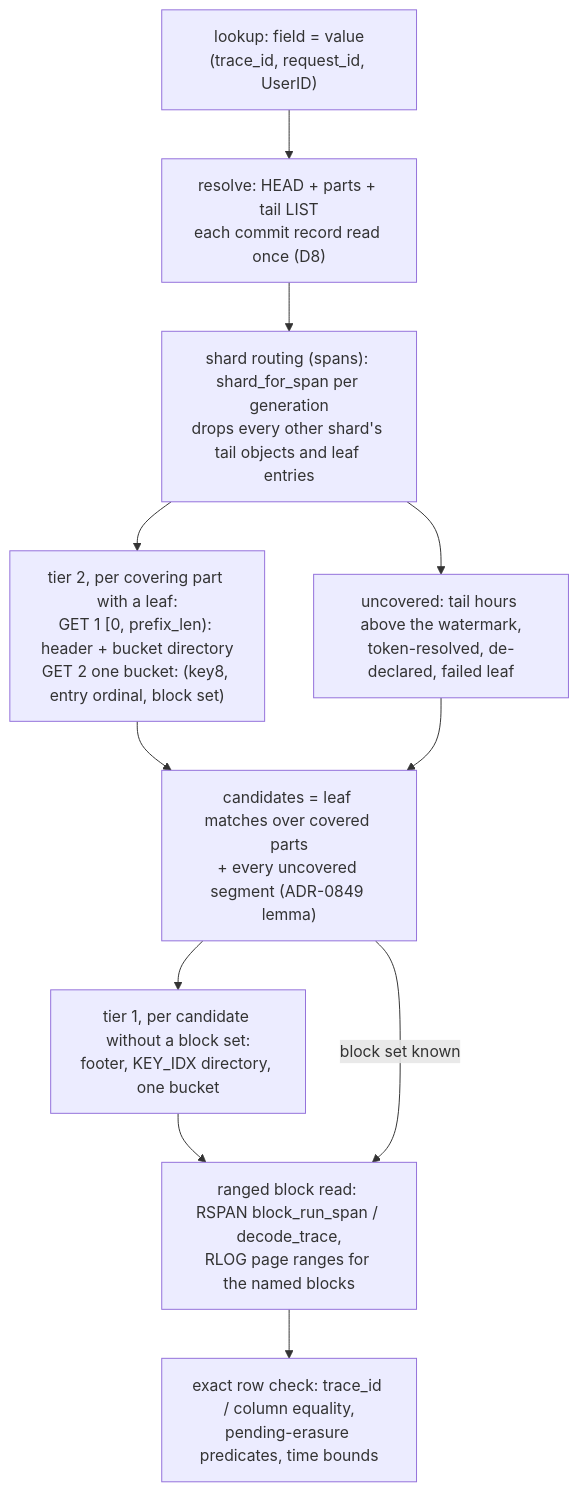
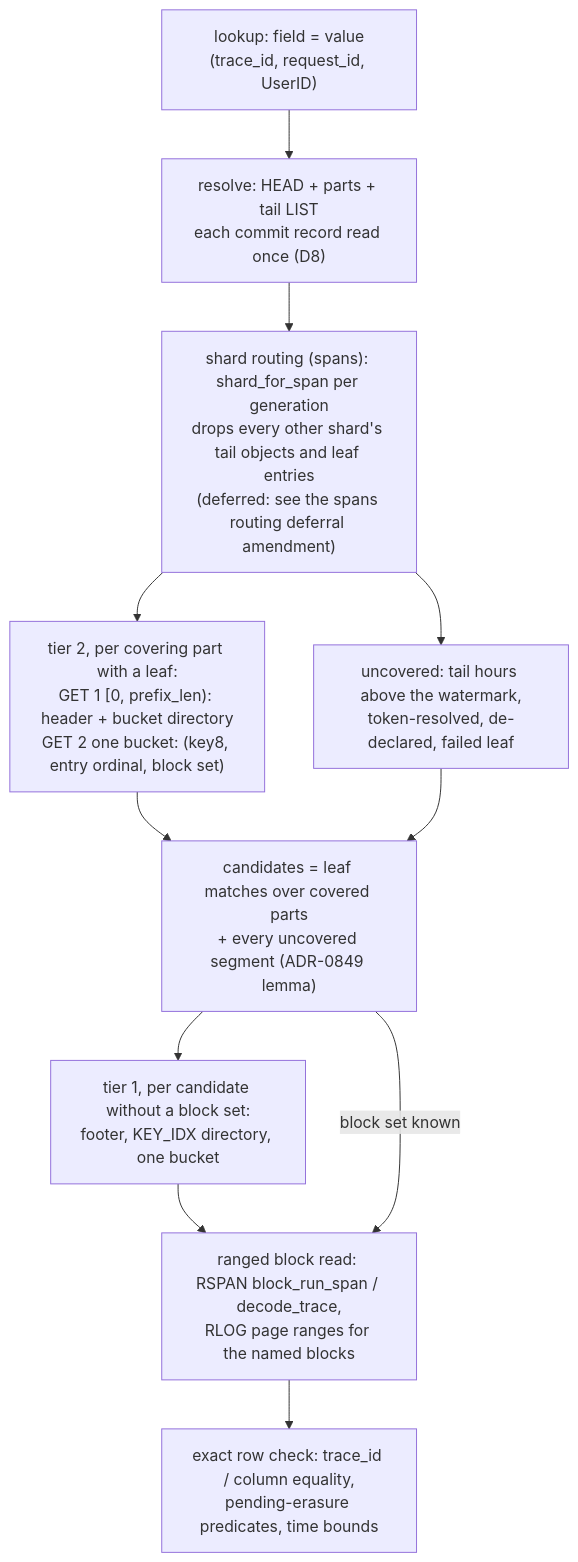
The first of 2 diagrams in docs/adrs/2707-exact-key-index-for-spans-and-logs.md (KacperDula/ravel), drawn with Mermaid before and after one commit. The commit also changed other lines of this file and 31 other files, not shown here.

````diff
--- a/docs/adrs/2707-exact-key-index-for-spans-and-logs.md
+++ b/docs/adrs/2707-exact-key-index-for-spans-and-logs.md
@@ -120,13 +120,13 @@
 ```mermaid
 flowchart TD
   Q["lookup: field = value<br/>(trace_id, request_id, UserID)"] --> R["resolve: HEAD + parts + tail LIST<br/>each commit record read once (D8)"]
-  R --> S["shard routing (spans): shard_for_span per generation<br/>drops every other shard's tail objects and leaf entries"]
+  R --> S["shard routing (spans): shard_for_span per generation<br/>drops every other shard's tail objects and leaf entries<br/>(deferred: see the spans routing deferral amendment)"]
   S --> L2["tier 2, per covering part with a leaf:<br/>GET 1 [0, prefix_len): header + bucket directory<br/>GET 2 one bucket: (key8, entry ordinal, block set)"]
   S --> T["uncovered: tail hours above the watermark,<br/>token-resolved, de-declared, failed leaf"]
   L2 --> C["candidates = leaf matches over covered parts<br/>+ every uncovered segment (ADR-0849 lemma)"]
   T --> C
   C --> L1["tier 1, per candidate without a block set:<br/>footer, KEY_IDX directory, one bucket"]
   L1 --> B["ranged block read: RSPAN block_run_span / decode_trace,<br/>RLOG page ranges for the named blocks"]
   C -->|block set known| B
   B --> X["exact row check: trace_id / column equality,<br/>pending-erasure predicates, time bounds"]
 ```
````
